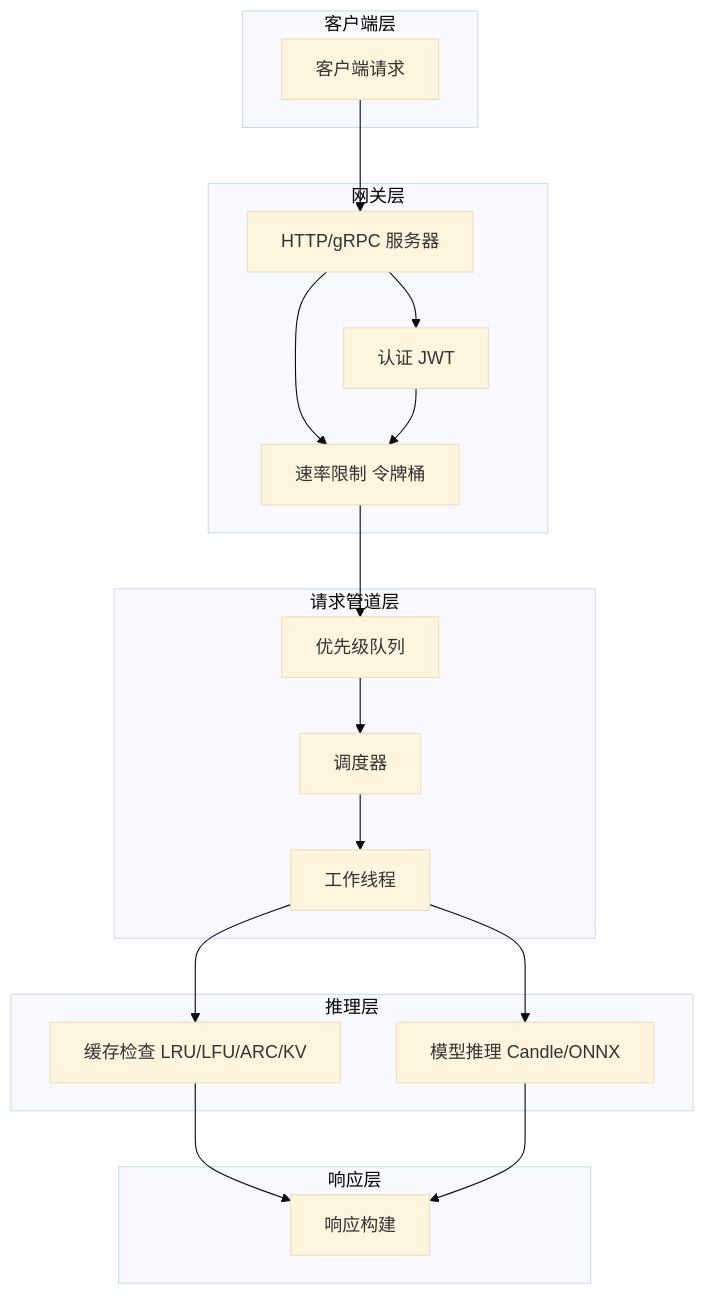
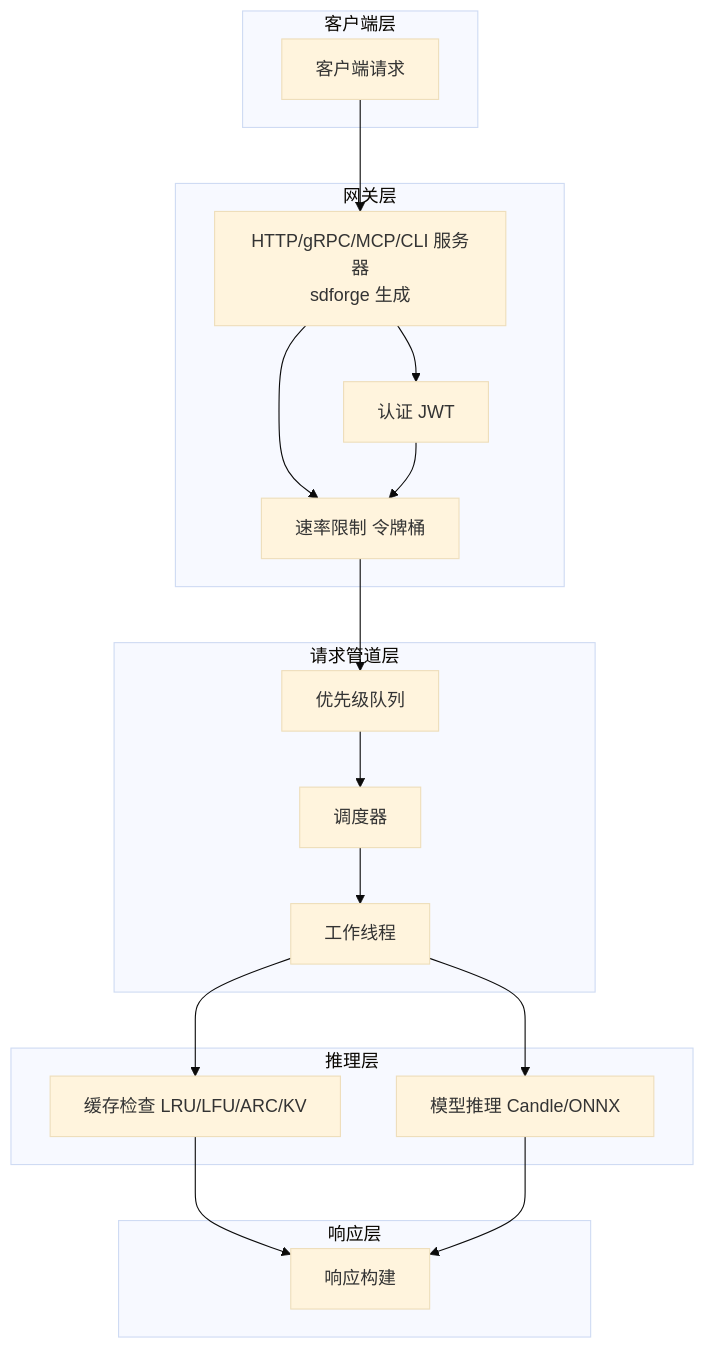
One commit to Kirky-X/vecboost changed the second of 7 diagrams in docs/ARCHITECTURE_zh.md. Above: the diagram before and after it, drawn with Mermaid (base theme). The commit also changed other lines of this file and 5 other files, not shown here.

````diff
--- a/docs/ARCHITECTURE_zh.md
+++ b/docs/ARCHITECTURE_zh.md
@@ -185,42 +270,42 @@
 ```mermaid
 graph TB
     subgraph Client["客户端层"]
         ClientReq[客户端请求]
     end
 
     subgraph Gateway["网关层"]
-        Server[HTTP/gRPC 服务器]
+        Server[HTTP/gRPC/MCP/CLI 服务器<br/>sdforge 生成]
         Auth[认证 JWT]
         RateLim[速率限制 令牌桶]
     end
 
     subgraph Pipeline["请求管道层"]
         PriorityQueue[优先级队列]
         Scheduler[调度器]
         Workers[工作线程]
     end
 
     subgraph Inference["推理层"]
         CacheCheck[缓存检查 LRU/LFU/ARC/KV]
         ModelInference[模型推理 Candle/ONNX]
     end
 
     subgraph Response["响应层"]
         ResponseBuilder[响应构建]
     end
 
     ClientReq --> Server
     Server --> Auth
     Server --> RateLim
     Auth --> RateLim
 
     RateLim --> PriorityQueue
     PriorityQueue --> Scheduler
     Scheduler --> Workers
 
     Workers --> CacheCheck
     Workers --> ModelInference
 
     CacheCheck --> ResponseBuilder
     ModelInference --> ResponseBuilder
 ```
````
